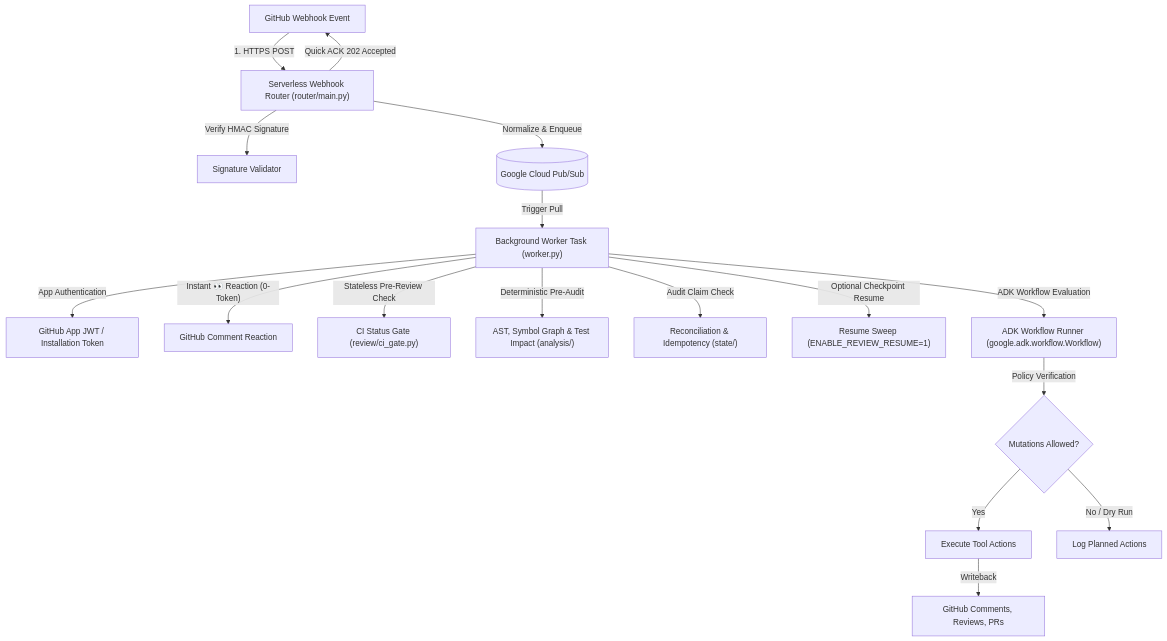
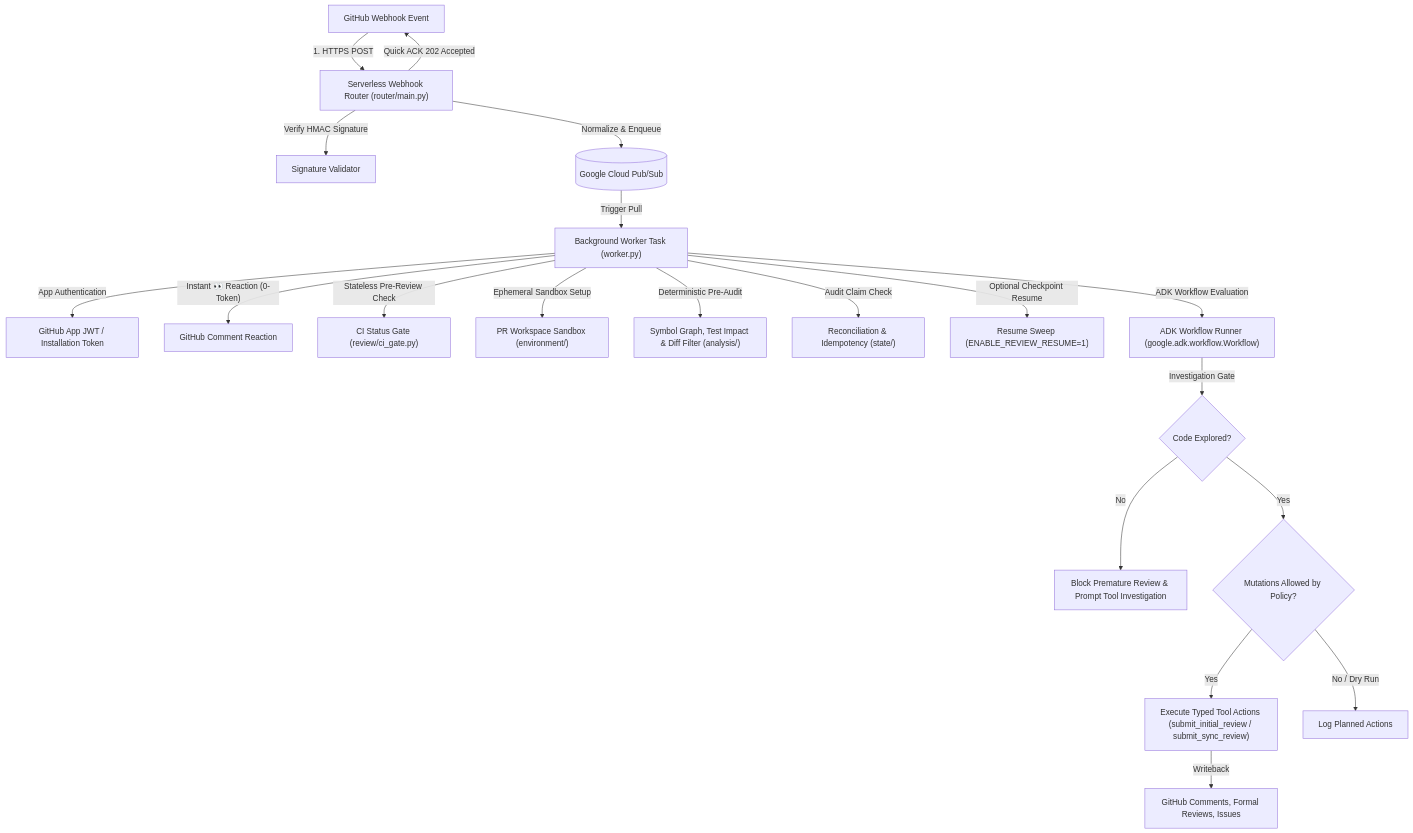
The diagram in README.md (cgj8702-org/hannibal-hub-agents), drawn with Mermaid before and after one commit. The commit also changed other lines of this file, not shown here.

Commit message:
docs: update README with typed review architecture, sandboxing, and policy modes (#514)

````diff
--- a/README.md
+++ b/README.md
@@ -11,22 +16,25 @@
 ```mermaid
 flowchart TD
     GH["GitHub Webhook Event"] -->|"1. HTTPS POST"| Router["Serverless Webhook Router (router/main.py)"]
     Router -->|"Verify HMAC Signature"| Auth["Signature Validator"]
     Router -->|"Quick ACK 202 Accepted"| GH
     Router -->|"Normalize & Enqueue"| Queue[("Google Cloud Pub/Sub")]
     
     Queue -->|"Trigger Pull"| Worker["Background Worker Task (worker.py)"]
     Worker -->|"App Authentication"| Creds["GitHub App JWT / Installation Token"]
     Worker -->|"Instant 👀 Reaction (0-Token)"| GH_React["GitHub Comment Reaction"]
     Worker -->|"Stateless Pre-Review Check"| CIGate["CI Status Gate (review/ci_gate.py)"]
-    Worker -->|"Deterministic Pre-Audit"| PreAudit["AST, Symbol Graph & Test Impact (analysis/)"]
+    Worker -->|"Ephemeral Sandbox Setup"| Sandbox["PR Workspace Sandbox (environment/)"]
+    Worker -->|"Deterministic Pre-Audit"| PreAudit["Symbol Graph, Test Impact & Diff Filter (analysis/)"]
     Worker -->|"Audit Claim Check"| Reconcile["Reconciliation & Idempotency (state/)"]
     Worker -->|"Optional Checkpoint Resume"| Resume["Resume Sweep (ENABLE_REVIEW_RESUME=1)"]
     
     Worker -->|"ADK Workflow Evaluation"| StateGraph["ADK Workflow Runner (google.adk.workflow.Workflow)"]
-    StateGraph -->|"Policy Verification"| Policy{"Mutations Allowed?"}
-    Policy -->|"Yes"| Exec["Execute Tool Actions"]
+    StateGraph -->|"Investigation Gate"| Gate{"Code Explored?"}
+    Gate -->|"No"| Block["Block Premature Review & Prompt Tool Investigation"]
+    Gate -->|"Yes"| Policy{"Mutations Allowed by Policy?"}
+    Policy -->|"Yes"| Exec["Execute Typed Tool Actions (submit_initial_review / submit_sync_review)"]
     Policy -->|"No / Dry Run"| Log["Log Planned Actions"]
     
-    Exec -->|"Writeback"| GH_Write["GitHub Comments, Reviews, PRs"]
+    Exec -->|"Writeback"| GH_Write["GitHub Comments, Formal Reviews, Issues"]
 ```
````
